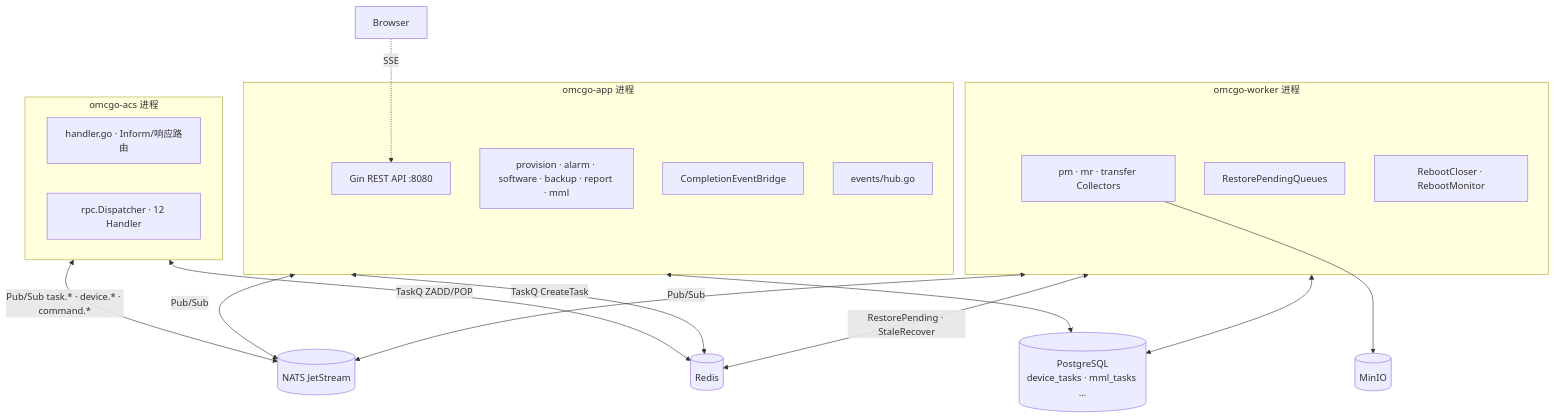
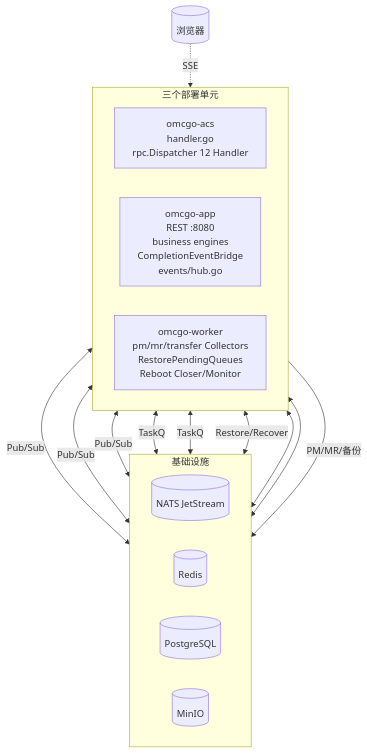
The second of 15 diagrams in docs/消息队列全流程流转说明书.md (bixinhaner/xomc), drawn with Mermaid before and after one commit. The commit also changed other lines of this file, not shown here.

First line of the commit message:
docs(mq): 优化《消息队列全流程流转说明书》Mermaid 图的可视化宽度

````diff
--- a/docs/消息队列全流程流转说明书.md
+++ b/docs/消息队列全流程流转说明书.md
@@ -111,39 +116,31 @@
 ```mermaid
 flowchart TB
-    subgraph ACS_PROC["omcgo-acs 进程"]
-        ACSH[handler.go · Inform/响应路由]
-        DISP[rpc.Dispatcher · 12 Handler]
+    subgraph PROC["三个部署单元"]
+        direction LR
+        ACS_PROC["omcgo-acs<br/>handler.go<br/>rpc.Dispatcher 12 Handler"]
+        APP_PROC["omcgo-app<br/>REST :8080<br/>business engines<br/>CompletionEventBridge<br/>events/hub.go"]
+        WORKER_PROC["omcgo-worker<br/>pm/mr/transfer Collectors<br/>RestorePendingQueues<br/>Reboot Closer/Monitor"]
     end
 
-    subgraph APP_PROC["omcgo-app 进程"]
-        APISRV[Gin REST API :8080]
-        ENGINES[provision · alarm · software · backup · report · mml]
-        BRIDGE[CompletionEventBridge]
-        HUBH[events/hub.go]
+    subgraph INFRA["基础设施"]
+        direction LR
+        NATS[(NATS JetStream)]
+        REDIS[(Redis)]
+        PG[(PostgreSQL)]
+        MINIO[(MinIO)]
     end
 
-    subgraph WORKER_PROC["omcgo-worker 进程"]
-        COLLECT[pm · mr · transfer Collectors]
-        RESTORE[RestorePendingQueues]
-        REBOOT[RebootCloser · RebootMonitor]
-    end
+    ACS_PROC <-- Pub/Sub --> NATS
+    APP_PROC <-- Pub/Sub --> NATS
+    WORKER_PROC <-- Pub/Sub --> NATS
 
-    NATS[(NATS JetStream)]
-    REDIS[(Redis)]
-    PG[(PostgreSQL<br/>device_tasks · mml_tasks ...)]
-    MINIO[(MinIO)]
-
-    ACS_PROC <-->|Pub/Sub task.* · device.* · command.*| NATS
-    APP_PROC <-->|Pub/Sub| NATS
-    WORKER_PROC <-->|Pub/Sub| NATS
-
-    ACS_PROC <-->|TaskQ ZADD/POP| REDIS
-    APP_PROC <-->|TaskQ CreateTask| REDIS
-    WORKER_PROC <-->|RestorePending · StaleRecover| REDIS
+    ACS_PROC <-- TaskQ --> REDIS
+    APP_PROC <-- TaskQ --> REDIS
+    WORKER_PROC <-- Restore/Recover --> REDIS
 
     APP_PROC <--> PG
     WORKER_PROC <--> PG
+    WORKER_PROC -- PM/MR/备份 --> MINIO
 
-    COLLECT --> MINIO
-    Browser -.SSE.-> APISRV
+    Browser[(浏览器)] -. SSE .-> APP_PROC
 ```
````
